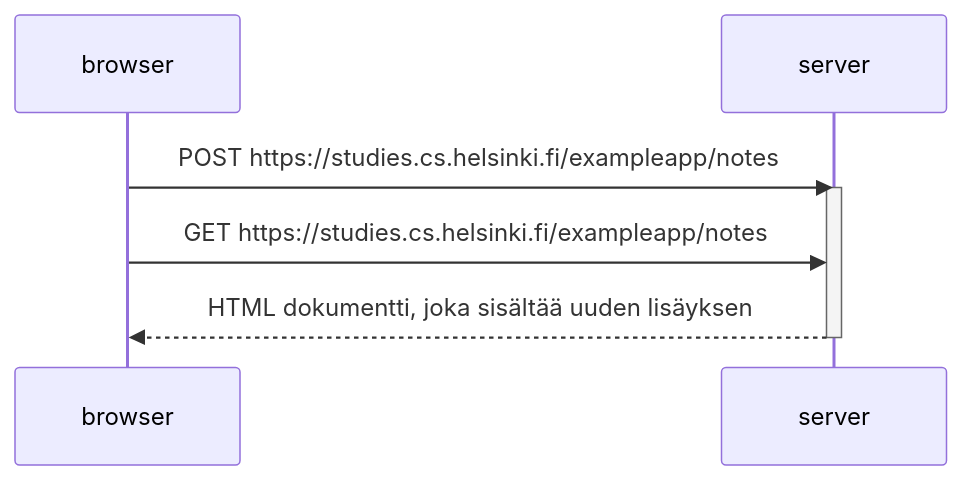
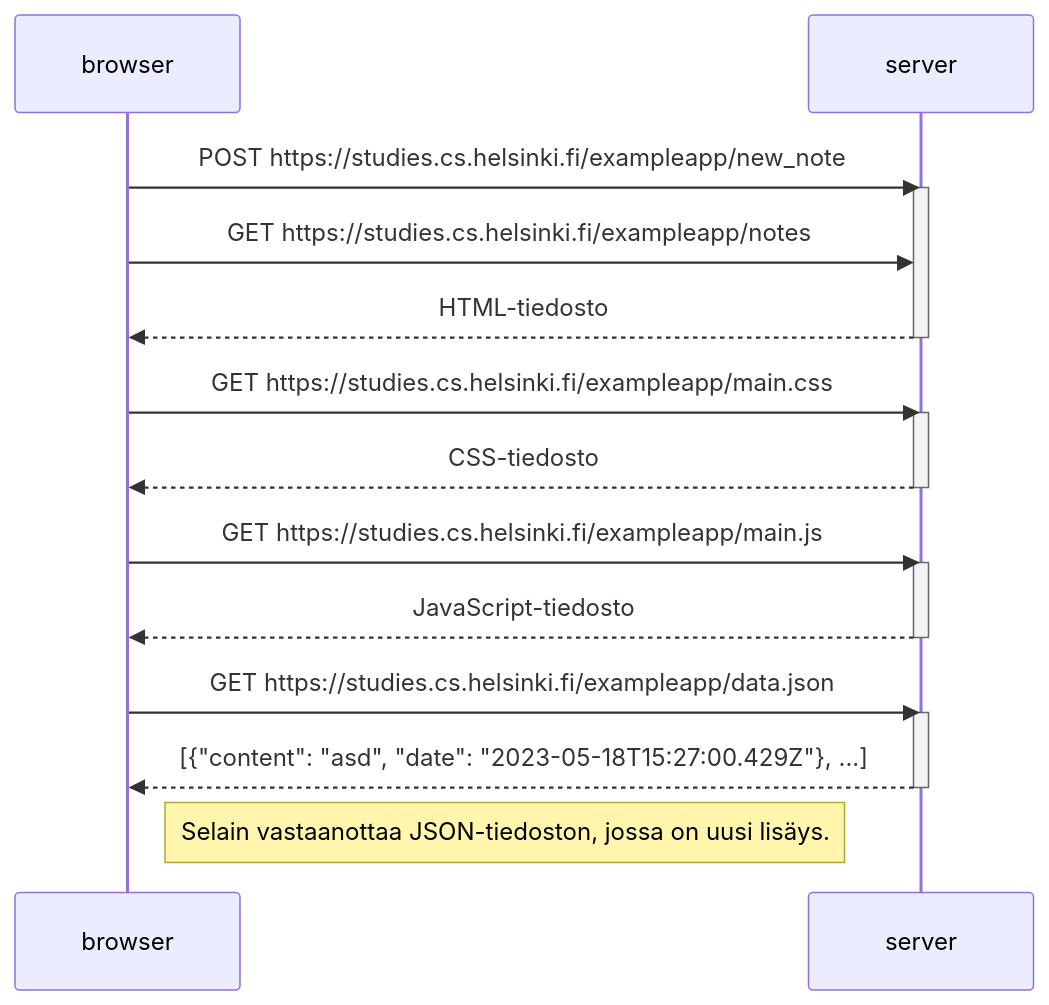
One commit to kapasko/Full-Stack-repositorio changed the diagram in osa0/tehtävä4.md. Above: the diagram before and after it, drawn with Mermaid.

Commit message:
tehty tehtävä4

````diff
--- a/osa0/tehtävä4.md
+++ b/osa0/tehtävä4.md
@@ -1,12 +1,28 @@
 ```mermaid
 sequenceDiagram
 	participant browser
 	participant server
 
-	browser->>server: POST https://studies.cs.helsinki.fi/exampleapp/notes
+	browser->>server: POST https://studies.cs.helsinki.fi/exampleapp/new_note
 	activate server
 	browser->>server: GET https://studies.cs.helsinki.fi/exampleapp/notes
-	server-->>browser: HTML dokumentti, joka sisältää uuden lisäyksen
+	server-->>browser: HTML-tiedosto
 	deactivate server
+
+	browser->>server: GET https://studies.cs.helsinki.fi/exampleapp/main.css
+	activate server
+	server-->>browser: CSS-tiedosto
+	deactivate server
+
+	browser->>server: GET https://studies.cs.helsinki.fi/exampleapp/main.js
+	activate server
+	server-->>browser: JavaScript-tiedosto
+	deactivate server
+
+	browser->>server: GET https://studies.cs.helsinki.fi/exampleapp/data.json
+	activate server
+	server-->>browser: [{"content": "asd", "date": "2023-05-18T15:27:00.429Z"}, ...]
+	deactivate server
+	Note right of browser: Selain vastaanottaa JSON-tiedoston, jossa on uusi lisäys.
 	
 ```
````
